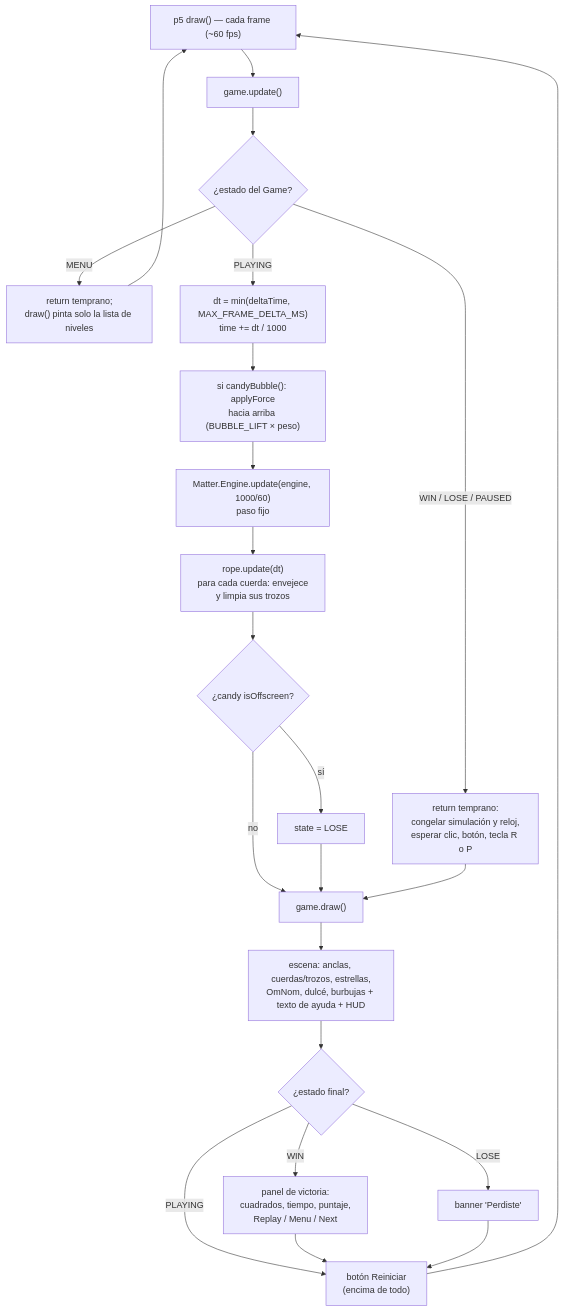
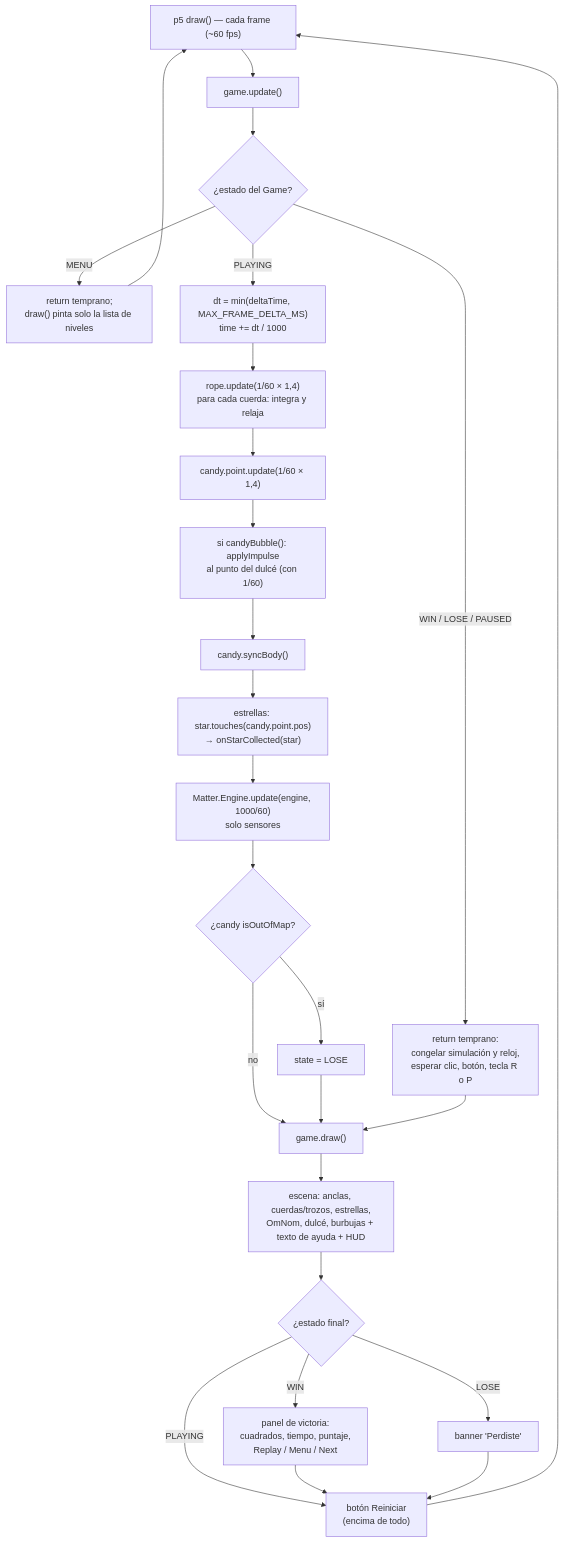
Before and after one commit to ShryhakAkizuki/Cut_The_Rope-Visual_Computing_2026-II: the fifth of 5 diagrams in docs/arquitectura-mvp.md, drawn with Mermaid. The commit also changed other lines of this file and 12 other files, not shown here.

````diff
--- a/docs/arquitectura-mvp.md
+++ b/docs/arquitectura-mvp.md
@@ -407,25 +421,28 @@
 ```mermaid
 flowchart TD
     A["p5 draw() — cada frame (~60 fps)"] --> B["game.update()"]
     B --> C{"¿estado del Game?"}
     C -->|MENU| MN["return temprano;<br/>draw() pinta solo la lista de niveles"]
     MN --> A
     C -->|WIN / LOSE / PAUSED| D["return temprano:<br/>congelar simulación y reloj,<br/>esperar clic, botón, tecla R o P"]
     C -->|PLAYING| T["dt = min(deltaTime, MAX_FRAME_DELTA_MS)<br/>time += dt / 1000"]
-    T --> BF["si candyBubble(): applyForce<br/>hacia arriba (BUBBLE_LIFT × peso)"]
-    BF --> E["Matter.Engine.update(engine, 1000/60)<br/>paso fijo"]
-    E --> F["rope.update(dt)<br/>para cada cuerda: envejece<br/>y limpia sus trozos"]
-    F --> G{"¿candy isOffscreen?"}
+    T --> R["rope.update(1/60 × 1,4)<br/>para cada cuerda: integra y relaja"]
+    R --> P["candy.point.update(1/60 × 1,4)"]
+    P --> BF["si candyBubble(): applyImpulse<br/>al punto del dulcé (con 1/60)"]
+    BF --> S["candy.syncBody()"]
+    S --> ST["estrellas: star.touches(candy.point.pos)<br/>→ onStarCollected(star)"]
+    ST --> E["Matter.Engine.update(engine, 1000/60)<br/>solo sensores"]
+    E --> G{"¿candy isOutOfMap?"}
     G -->|sí| H["state = LOSE"]
     G -->|no| I["game.draw()"]
     H --> I
     D --> I
     I --> J["escena: anclas, cuerdas/trozos, estrellas,<br/>OmNom, dulcé, burbujas + texto de ayuda + HUD"]
     J --> K{"¿estado final?"}
     K -->|WIN| L["panel de victoria:<br/>cuadrados, tiempo, puntaje,<br/>Replay / Menu / Next"]
     K -->|LOSE| M["banner 'Perdiste'"]
     K -->|PLAYING| N["botón Reiniciar<br/>(encima de todo)"]
     L --> N
     M --> N
     N --> A
 ```
````
